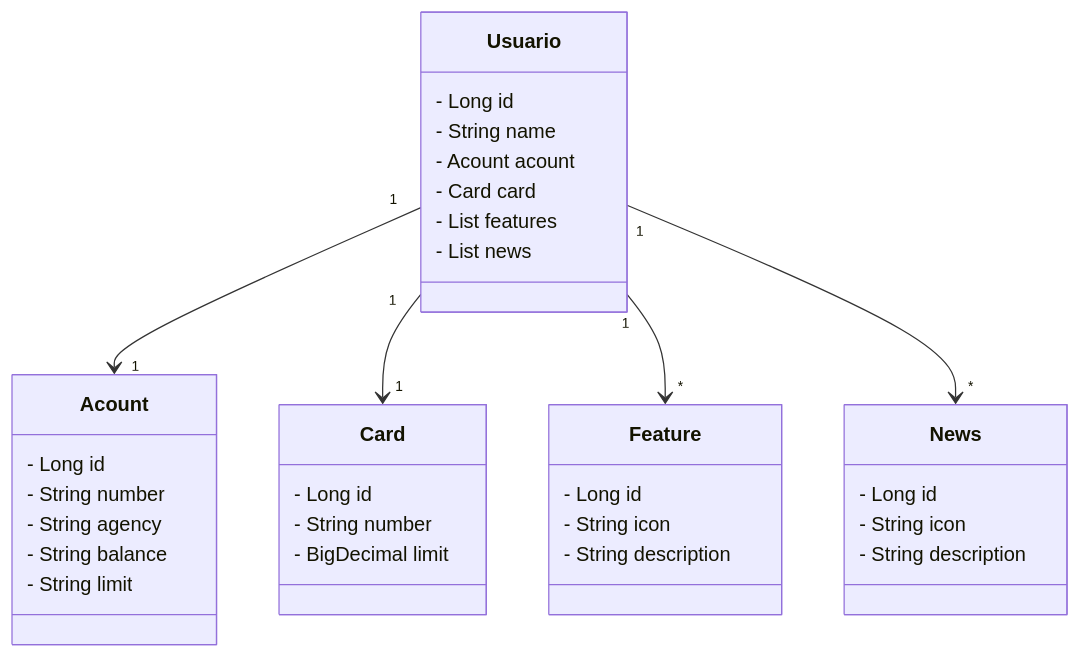
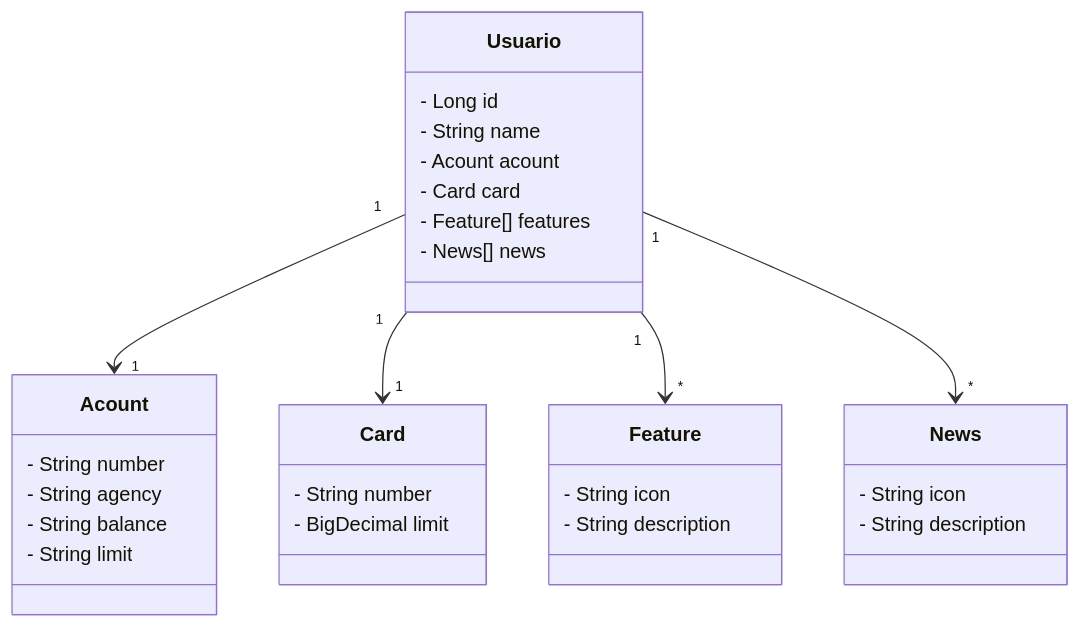
Before and after one commit to MichaelFonsec/Dev-Week: the diagram in README.md, drawn with Mermaid.

````diff
--- a/README.md
+++ b/README.md
@@ -7,43 +7,39 @@
 ```mermaid
 classDiagram
     class Usuario {
         - Long id
         - String name
         - Acount acount
         - Card card
-        - List<Feature> features
-        - List<News> news
+        - Feature[] features
+        - News[] news
     }
 
     class Acount {
-        - Long id
         - String number
         - String agency
         - String balance
         - String limit
     }
 
     class Card {
-        - Long id
         - String number
         - BigDecimal limit
     }
 
     class Feature {
-        - Long id
         - String icon
         - String description
     }
 
     class News {
-        - Long id
         - String icon
         - String description
     }
 
     Usuario "1" --> "1" Acount
     Usuario "1" --> "1" Card
     Usuario "1" --> "*" Feature
     Usuario "1" --> "*" News
 
 ```
````
